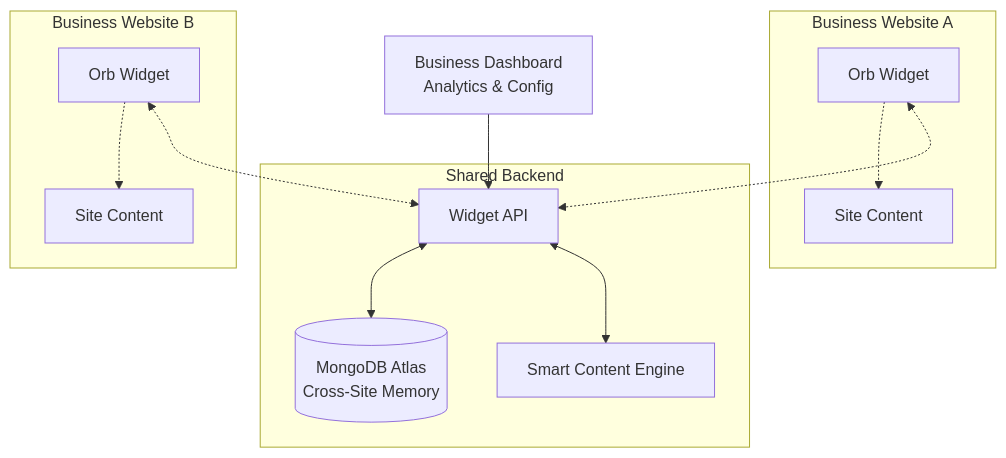
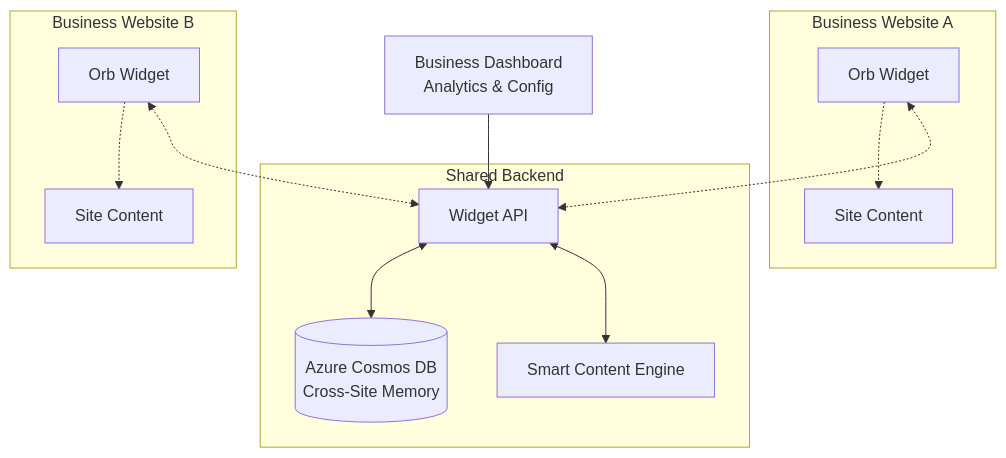
One commit to zimaxnet/orb-game changed the diagram in orb_game.md. Above: the diagram before and after it, drawn with Mermaid. The commit also changed other lines of this file and 17 other files, not shown here.

````diff
--- a/orb_game.md
+++ b/orb_game.md
@@ -18,28 +18,28 @@
 ```mermaid
 flowchart TD
     subgraph "Business Website A"
       WidgetA["Orb Widget"]
       ContentA["Site Content"]
       WidgetA -.-> ContentA
     end
     
     subgraph "Business Website B" 
       WidgetB["Orb Widget"]
       ContentB["Site Content"]
       WidgetB -.-> ContentB
     end
     
     subgraph "Shared Backend"
       API["Widget API"]
-      Memory[("MongoDB Atlas<br/>Cross-Site Memory")]
+      Memory[("Azure Cosmos DB<br/>Cross-Site Memory")]
       ContentEngine["Smart Content Engine"]
       API <--> Memory
       API <--> ContentEngine
     end
     
     WidgetA <-.-> API
     WidgetB <-.-> API
     
     BusinessDash["Business Dashboard<br/>Analytics & Config"]
     BusinessDash --> API
 ```
````
